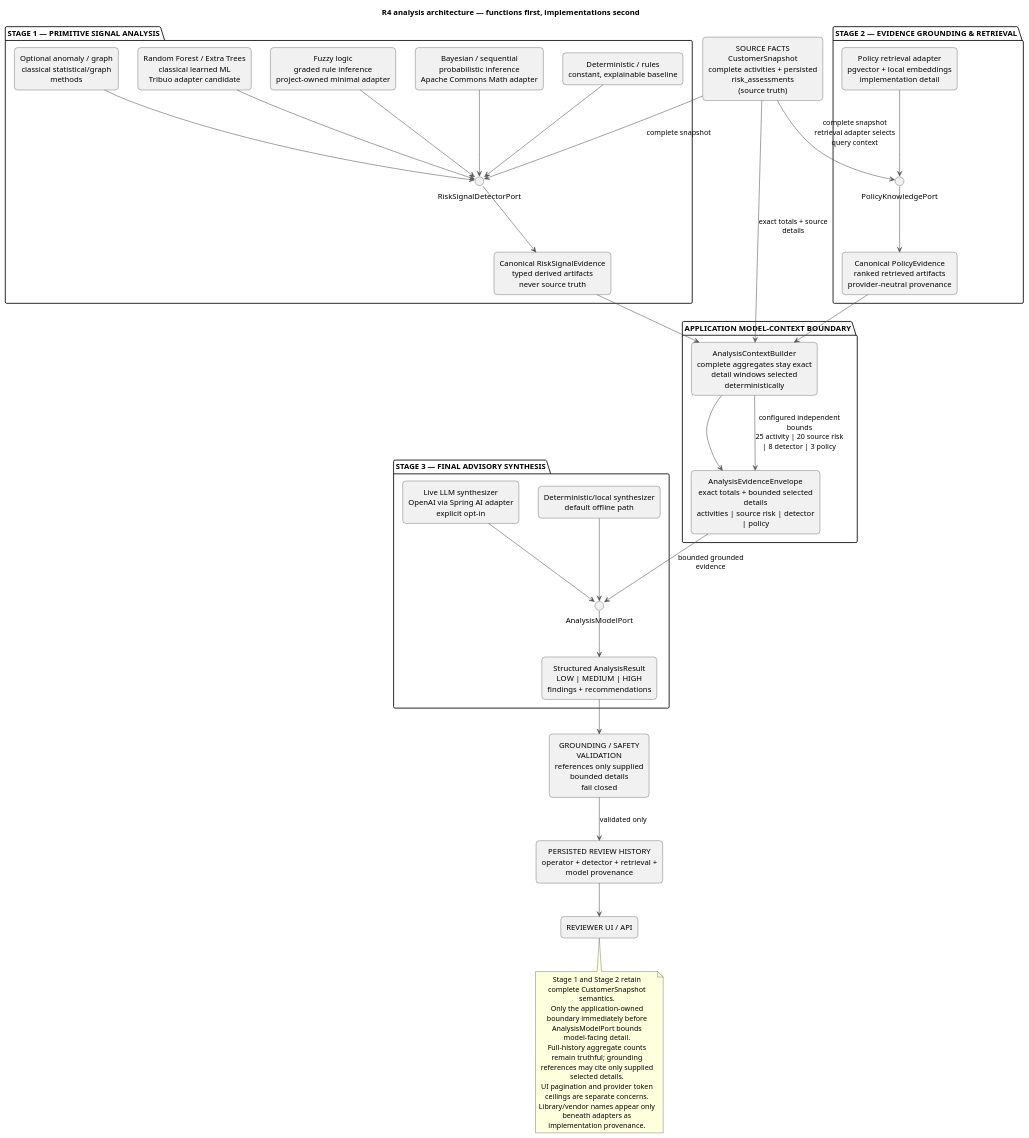
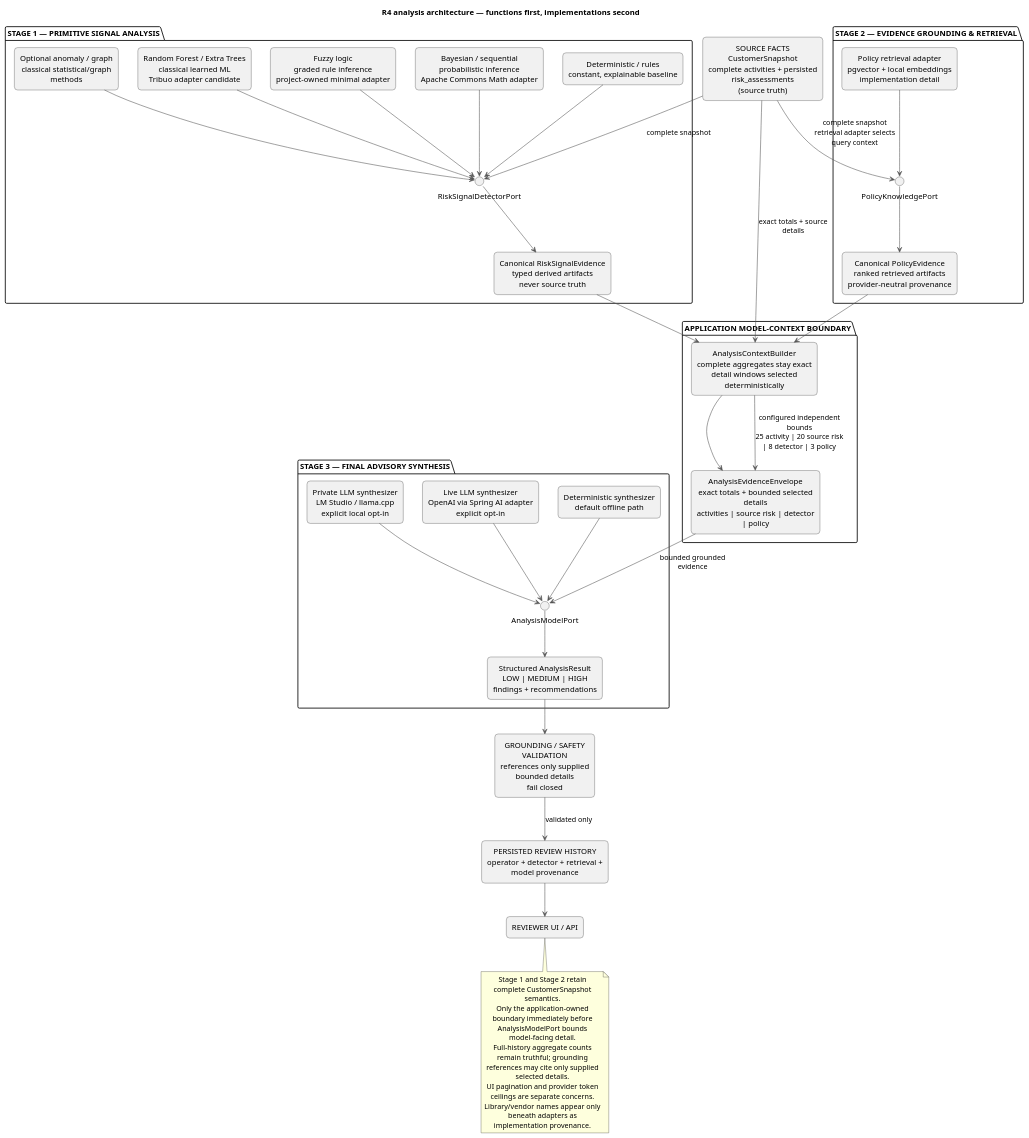
One commit to jdoe-dev-159753/specgraph-reference-app changed the diagram in docs/assignment/SDD/diagrams/analysis-functional-stages.puml. Above: the diagram before and after it, drawn with PlantUML. The commit also changed 11 other files, not shown here.

```diff
--- a/docs/assignment/SDD/diagrams/analysis-functional-stages.puml
+++ b/docs/assignment/SDD/diagrams/analysis-functional-stages.puml
@@ -1,82 +1,84 @@
 @startuml
 skinparam shadowing false
 skinparam componentStyle rectangle
 skinparam defaultTextAlignment center
 skinparam wrapWidth 220
 skinparam maxMessageSize 160
 skinparam ArrowColor #555555
 skinparam rectangle {
   RoundCorner 12
 }
 
 title R4 analysis architecture — functions first, implementations second
 
 rectangle "SOURCE FACTS\nCustomerSnapshot\ncomplete activities + persisted risk_assessments\n(source truth)" as source
 
 package "STAGE 1 — PRIMITIVE SIGNAL ANALYSIS" as stage1 {
   interface "RiskSignalDetectorPort" as detectorPort
   rectangle "Deterministic / rules\nconstant, explainable baseline" as rules
   rectangle "Bayesian / sequential\nprobabilistic inference\nApache Commons Math adapter" as bayes
   rectangle "Fuzzy logic\ngraded rule inference\nproject-owned minimal adapter" as fuzzy
   rectangle "Random Forest / Extra Trees\nclassical learned ML\nTribuo adapter candidate" as forest
   rectangle "Optional anomaly / graph\nclassical statistical/graph methods" as anomaly
   rectangle "Canonical RiskSignalEvidence\ntyped derived artifacts\nnever source truth" as signals
 
   rules --> detectorPort
   bayes --> detectorPort
   fuzzy --> detectorPort
   forest --> detectorPort
   anomaly --> detectorPort
   detectorPort --> signals
 }
 
 package "STAGE 2 — EVIDENCE GROUNDING & RETRIEVAL" as stage2 {
   interface "PolicyKnowledgePort" as policyPort
   rectangle "Policy retrieval adapter\npgvector + local embeddings\nimplementation detail" as retrieval
   rectangle "Canonical PolicyEvidence\nranked retrieved artifacts\nprovider-neutral provenance" as policies
 
   retrieval --> policyPort
   policyPort --> policies
 }
 
 package "APPLICATION MODEL-CONTEXT BOUNDARY" as contextBoundary {
   rectangle "AnalysisContextBuilder\ncomplete aggregates stay exact\ndetail windows selected deterministically" as contextBuilder
   rectangle "AnalysisEvidenceEnvelope\nexact totals + bounded selected details\nactivities | source risk | detector | policy" as envelope
 
   contextBuilder --> envelope
 }
 
 package "STAGE 3 — FINAL ADVISORY SYNTHESIS" as stage3 {
   interface "AnalysisModelPort" as modelPort
-  rectangle "Deterministic/local synthesizer\ndefault offline path" as deterministicModel
+  rectangle "Deterministic synthesizer\ndefault offline path" as deterministicModel
   rectangle "Live LLM synthesizer\nOpenAI via Spring AI adapter\nexplicit opt-in" as openai
+  rectangle "Private LLM synthesizer\nLM Studio / llama.cpp\nexplicit local opt-in" as lmstudio
   rectangle "Structured AnalysisResult\nLOW | MEDIUM | HIGH\nfindings + recommendations" as result
 
   deterministicModel --> modelPort
   openai --> modelPort
+  lmstudio --> modelPort
   modelPort --> result
 }
 
 rectangle "GROUNDING / SAFETY VALIDATION\nreferences only supplied bounded details\nfail closed" as validator
 rectangle "PERSISTED REVIEW HISTORY\noperator + detector + retrieval + model provenance" as history
 rectangle "REVIEWER UI / API" as reviewer
 
 source --> detectorPort : complete snapshot
 source --> policyPort : complete snapshot\nretrieval adapter selects query context
 source --> contextBuilder : exact totals + source details
 signals --> contextBuilder
 policies --> contextBuilder
 contextBuilder --> envelope : configured independent bounds\n25 activity | 20 source risk | 8 detector | 3 policy
 envelope --> modelPort : bounded grounded evidence
 result --> validator
 validator --> history : validated only
 history --> reviewer
 
 note bottom
 Stage 1 and Stage 2 retain complete CustomerSnapshot semantics.
 Only the application-owned boundary immediately before AnalysisModelPort bounds model-facing detail.
 Full-history aggregate counts remain truthful; grounding references may cite only supplied selected details.
 UI pagination and provider token ceilings are separate concerns.
 Library/vendor names appear only beneath adapters as implementation provenance.
 end note
 @enduml
```
